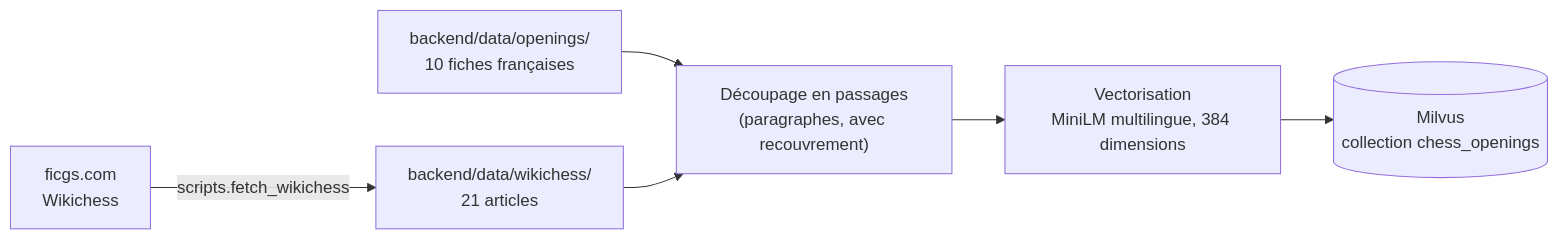
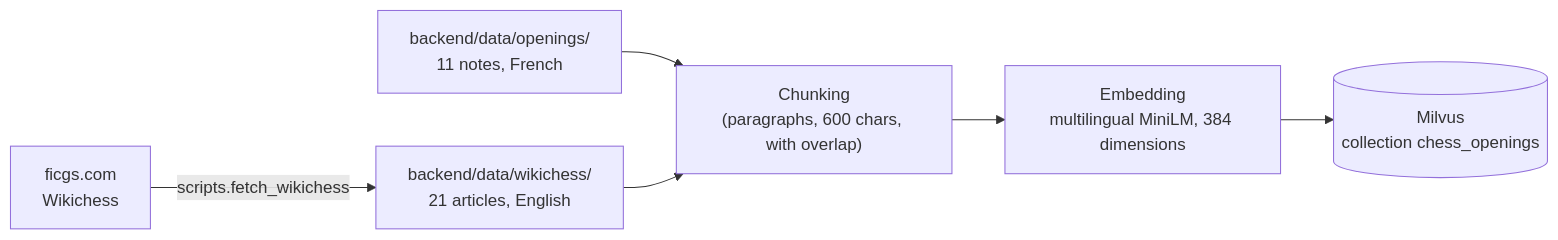
One commit to BenoitJT-GIRARD/lab-chess-coach-agent changed the third of 3 diagrams in docs/architecture.md. Above: the diagram before and after it, drawn with Mermaid. The commit also changed other lines of this file and 16 other files, not shown here.

````diff
--- a/docs/architecture.md
+++ b/docs/architecture.md
@@ -136,8 +142,8 @@
 ```mermaid
 flowchart LR
-    FICGS["ficgs.com<br/>Wikichess"] -->|"scripts.fetch_wikichess"| FILES["backend/data/wikichess/<br/>21 articles"]
-    NOTES["backend/data/openings/<br/>10 fiches françaises"] --> CHUNK
-    FILES --> CHUNK["Découpage en passages<br/>(paragraphes, avec recouvrement)"]
-    CHUNK --> EMBED["Vectorisation<br/>MiniLM multilingue, 384 dimensions"]
+    FICGS["ficgs.com<br/>Wikichess"] -->|"scripts.fetch_wikichess"| FILES["backend/data/wikichess/<br/>21 articles, English"]
+    NOTES["backend/data/openings/<br/>11 notes, French"] --> CHUNK
+    FILES --> CHUNK["Chunking<br/>(paragraphs, 600 chars, with overlap)"]
+    CHUNK --> EMBED["Embedding<br/>multilingual MiniLM, 384 dimensions"]
     EMBED --> MILVUS[("Milvus<br/>collection chess_openings")]
 ```
````
